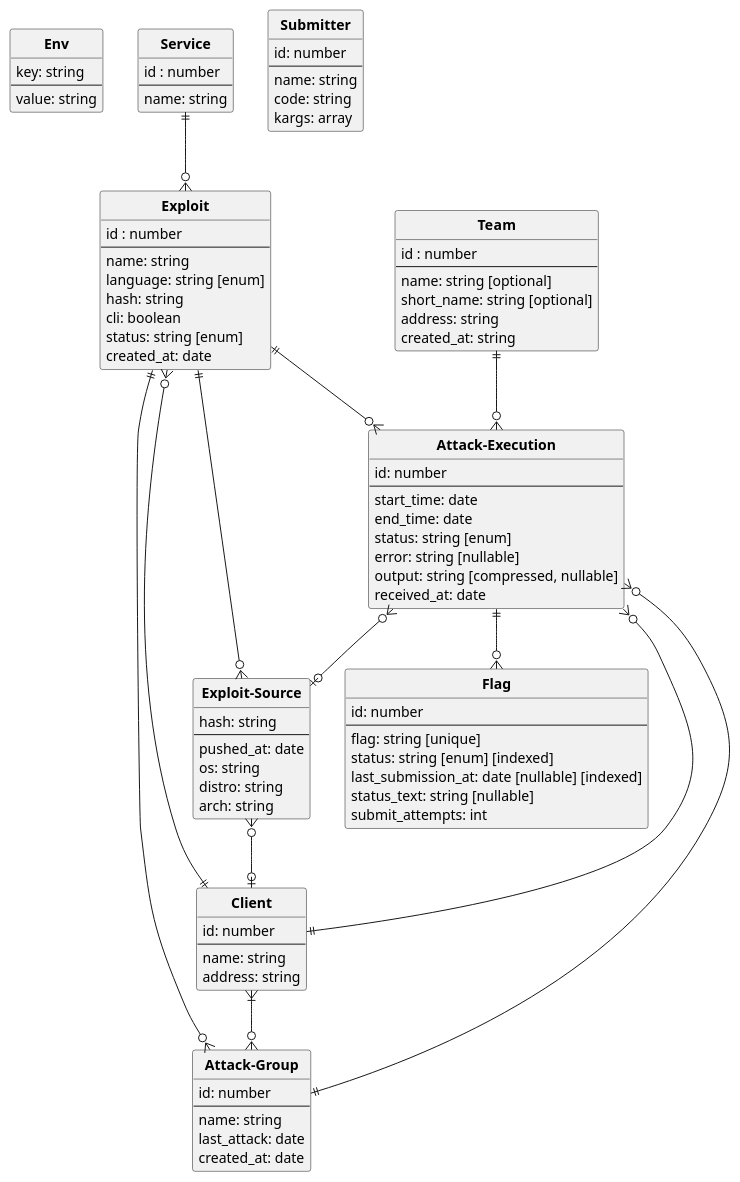
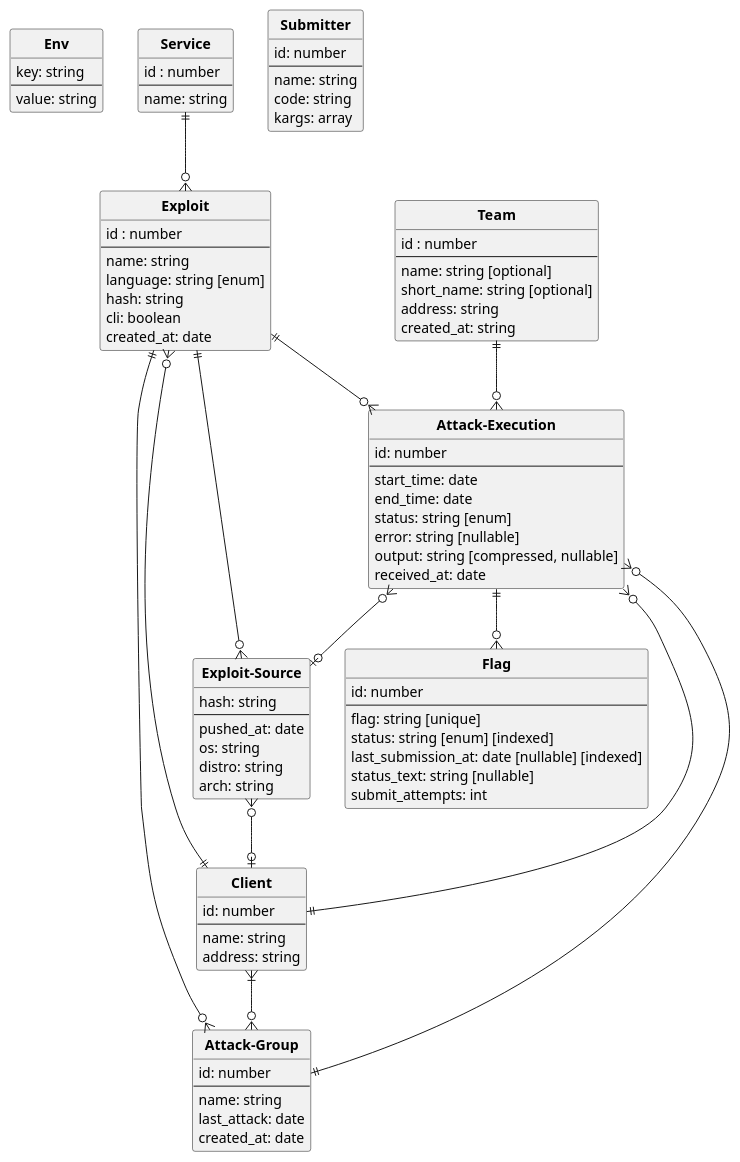
One commit to BunkyoWesterns/BunkyoFarm changed the diagram in docs/db.puml. Above: the diagram before and after it, drawn with PlantUML. The commit also changed 9 other files, not shown here.

```diff
--- a/docs/db.puml
+++ b/docs/db.puml
@@ -1,105 +1,104 @@
 @startuml er-schema
 
 hide circle
 
 
 entity "**Env**" as env {
     key: string
     --
     value: string
 }
 
 entity "**Exploit**" as exploit{
     id : number
     --
     name: string
     language: string [enum]
     hash: string
     cli: boolean
-    status: string [enum]
     created_at: date
 }
 
 entity "**Flag**" as flag{
     id: number
     --
     flag: string [unique]
     status: string [enum] [indexed]
     last_submission_at: date [nullable] [indexed]
     status_text: string [nullable]
     submit_attempts: int
 }
 
 entity "**Attack-Execution**" as attack{
     id: number
     --
     start_time: date
     end_time: date
     status: string [enum]
     error: string [nullable]
     output: string [compressed, nullable]
     received_at: date
 }
 
 entity "**Client**" as client{
     id: number
     --
     name: string
     address: string
 }
 
 entity "**Service**" as service{
     id : number
     --
     name: string
 }
 
 entity "**Team**" as team{
     id : number
     --
     name: string [optional]
     short_name: string [optional]
     address: string
     created_at: string
 }
 
 entity "**Submitter**" as submitter{
     id: number
     --
     name: string
     code: string
     kargs: array 
 }
 
 entity "**Exploit-Source**" as exploit_source{
     hash: string
     --
     pushed_at: date
     os: string
     distro: string
     arch: string
 }
 
 entity "**Attack-Group**" as attack_group{
     id: number
     --
     name: string
     last_attack: date
     created_at: date
 }
     
 
 service ||--o{ exploit
 team ||--o{ attack
 client ||--o{ exploit
 client ||--o{ attack
 exploit ||--o{ attack
 attack ||--o{ flag
 exploit ||--o{ exploit_source
 attack_group ||--o{ attack
 exploit ||--o{ attack_group
 client }|--o{ attack_group
 attack }o--o| exploit_source
 exploit_source }o--o| client
 
 @enduml
```
